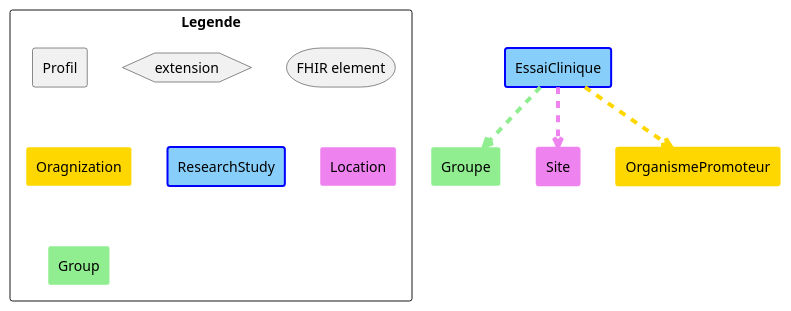
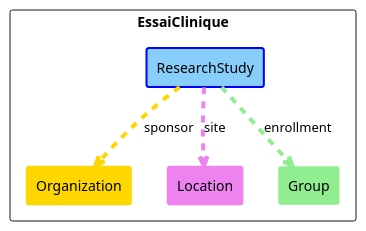
Before and after one commit to ansforge/essais-cliniques: the diagram in input/images-source/vueGlobale.plantuml, drawn with PlantUML. The commit also changed 4 other files, not shown here.

```diff
--- a/input/images-source/vueGlobale.plantuml
+++ b/input/images-source/vueGlobale.plantuml
@@ -1,33 +1,21 @@
 @startuml vueGlobale
 
 'Declaration des éléments
-rectangle EssaiClinique #LightSkyBlue;line:Blue;line.bold;text:Black
+rectangle EssaiClinique {
 
-rectangle Groupe #LightGreen;line:white;text:Black
+    rectangle ResearchStudy #LightSkyBlue;line:Blue;line.bold;text:Black
 
+    rectangle Organization #Gold;line:Gold;text:Black
 
-rectangle Site #Violet;line:Violet;text:Black
+    rectangle Location #Violet;line:Violet;text:Black
 
+    rectangle Group #LightGreen;line:white;text:Black
 
-rectangle OrganismePromoteur #Gold;line:Gold;text:Black
-
+}
 
 'Liens entre éléments
-EssaiClinique -[#LightGreen,dashed,thickness=4]-> Groupe
-EssaiClinique -[#Violet,dashed,thickness=4]-> Site
-EssaiClinique -[#Gold,dashed,thickness=4]-> OrganismePromoteur
-
-
-'Legende
-rectangle Legende {
-    rectangle Profil
-    hexagon extension 
-    storage "FHIR element"
-
-    rectangle Oragnization #Gold;line:white;text:Black
-    rectangle ResearchStudy #LightSkyBlue;line:Blue;line.bold;text:Black
-    rectangle Location #Violet;line:white;text:Black
-    rectangle Group #LightGreen;line:white;text:Black
-}
+ResearchStudy -[#LightGreen,dashed,thickness=4]-> Group : enrollment
+ResearchStudy -[#Violet,dashed,thickness=4]-> Location : site
+ResearchStudy -[#Gold,dashed,thickness=4]-> Organization : sponsor
 
 @enduml
```
